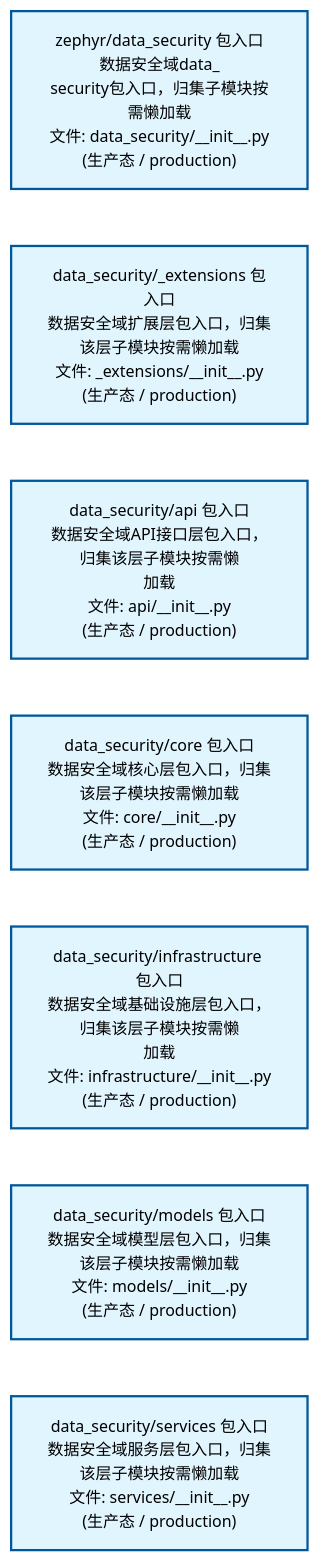
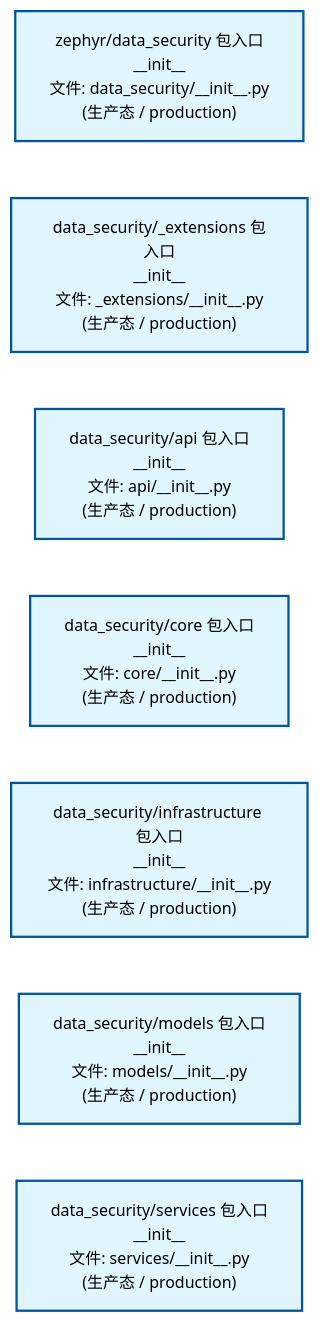
The first of 2 diagrams in docs/02_enterprise_architecture/02_domain_architecture_docs/14_d_data_sec.md (xuanFelixVan/ZephyrAlpha), drawn with Mermaid before and after one commit. The commit also changed other lines of this file and 61 other files, not shown here.

````diff
--- a/docs/02_enterprise_architecture/02_domain_architecture_docs/14_d_data_sec.md
+++ b/docs/02_enterprise_architecture/02_domain_architecture_docs/14_d_data_sec.md
@@ -53,22 +53,22 @@
 ```mermaid
 %%{init: {'theme': 'base', 'themeVariables': {'primaryColor': '#eaeaea', 'primaryTextColor': '#333333', 'primaryBorderColor': '#666666', 'lineColor': '#666666', 'secondaryColor': '#eaeaea', 'tertiaryColor': '#eaeaea', 'fontSize': '14px'}}}%%
 flowchart TD
-    src_zephyr_data_security_init_py["zephyr/data_security 包入口<br/>数据安全域data_<br/>security包入口，归集子模块按需懒加载<br/>文件: data_security/__init__.py<br/>(生产态 / production)"]
-    src_zephyr_data_security_extensions_init_py["data_security/_extensions 包入口<br/>数据安全域扩展层包入口，归集该层子模块按需懒加载<br/>文件: _extensions/__init__.py<br/>(生产态 / production)"]
-    src_zephyr_data_security_api_init_py["data_security/api 包入口<br/>数据安全域API接口层包入口，归集该层子模块按需懒<br/>加载<br/>文件: api/__init__.py<br/>(生产态 / production)"]
-    src_zephyr_data_security_core_init_py["data_security/core 包入口<br/>数据安全域核心层包入口，归集该层子模块按需懒加载<br/>文件: core/__init__.py<br/>(生产态 / production)"]
-    src_zephyr_data_security_infrastructure_init_py["data_security/infrastructure 包入口<br/>数据安全域基础设施层包入口，归集该层子模块按需懒<br/>加载<br/>文件: infrastructure/__init__.py<br/>(生产态 / production)"]
-    src_zephyr_data_security_models_init_py["data_security/models 包入口<br/>数据安全域模型层包入口，归集该层子模块按需懒加载<br/>文件: models/__init__.py<br/>(生产态 / production)"]
-    src_zephyr_data_security_services_init_py["data_security/services 包入口<br/>数据安全域服务层包入口，归集该层子模块按需懒加载<br/>文件: services/__init__.py<br/>(生产态 / production)"]
+    src_zephyr_data_security_init_py["zephyr/data_security 包入口<br/>__init__<br/>文件: data_security/__init__.py<br/>(生产态 / production)"]
+    src_zephyr_data_security_extensions_init_py["data_security/_extensions 包入口<br/>__init__<br/>文件: _extensions/__init__.py<br/>(生产态 / production)"]
+    src_zephyr_data_security_api_init_py["data_security/api 包入口<br/>__init__<br/>文件: api/__init__.py<br/>(生产态 / production)"]
+    src_zephyr_data_security_core_init_py["data_security/core 包入口<br/>__init__<br/>文件: core/__init__.py<br/>(生产态 / production)"]
+    src_zephyr_data_security_infrastructure_init_py["data_security/infrastructure 包入口<br/>__init__<br/>文件: infrastructure/__init__.py<br/>(生产态 / production)"]
+    src_zephyr_data_security_models_init_py["data_security/models 包入口<br/>__init__<br/>文件: models/__init__.py<br/>(生产态 / production)"]
+    src_zephyr_data_security_services_init_py["data_security/services 包入口<br/>__init__<br/>文件: services/__init__.py<br/>(生产态 / production)"]
     src_zephyr_data_security_init_py ~~~ src_zephyr_data_security_extensions_init_py
     src_zephyr_data_security_extensions_init_py ~~~ src_zephyr_data_security_api_init_py
     src_zephyr_data_security_api_init_py ~~~ src_zephyr_data_security_core_init_py
     src_zephyr_data_security_core_init_py ~~~ src_zephyr_data_security_infrastructure_init_py
     src_zephyr_data_security_infrastructure_init_py ~~~ src_zephyr_data_security_models_init_py
     src_zephyr_data_security_models_init_py ~~~ src_zephyr_data_security_services_init_py
     classDef production fill:#e1f5fe,stroke:#01579b,stroke-width:2px,color:#000
     classDef design fill:#fff3e0,stroke:#e65100,stroke-width:2px,color:#000,stroke-dasharray: 5 5
     classDef external_prod fill:#e8f4fd,stroke:#0277bd,stroke-width:1px,color:#000
     classDef external_design fill:#fff8e7,stroke:#ef6c00,stroke-width:1px,color:#000,stroke-dasharray: 5 5
     class src_zephyr_data_security_init_py,src_zephyr_data_security_extensions_init_py,src_zephyr_data_security_api_init_py,src_zephyr_data_security_core_init_py,src_zephyr_data_security_infrastructure_init_py,src_zephyr_data_security_models_init_py,src_zephyr_data_security_services_init_py production
 ```
````
